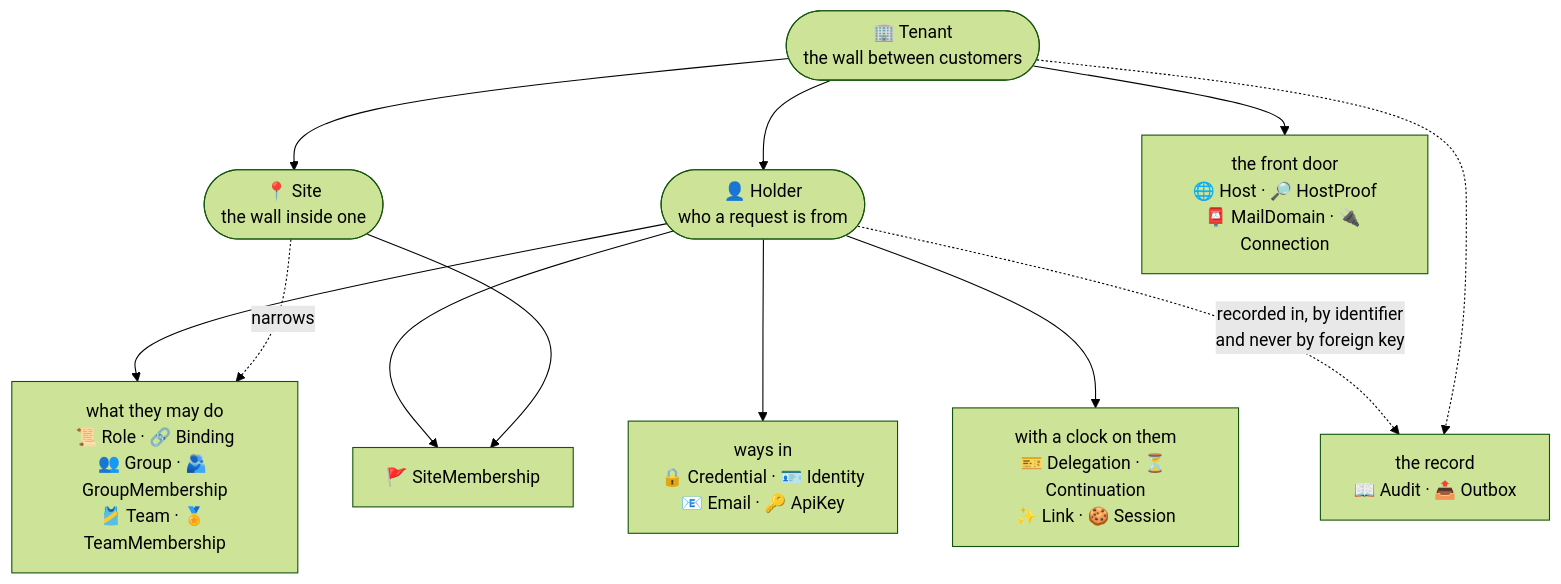
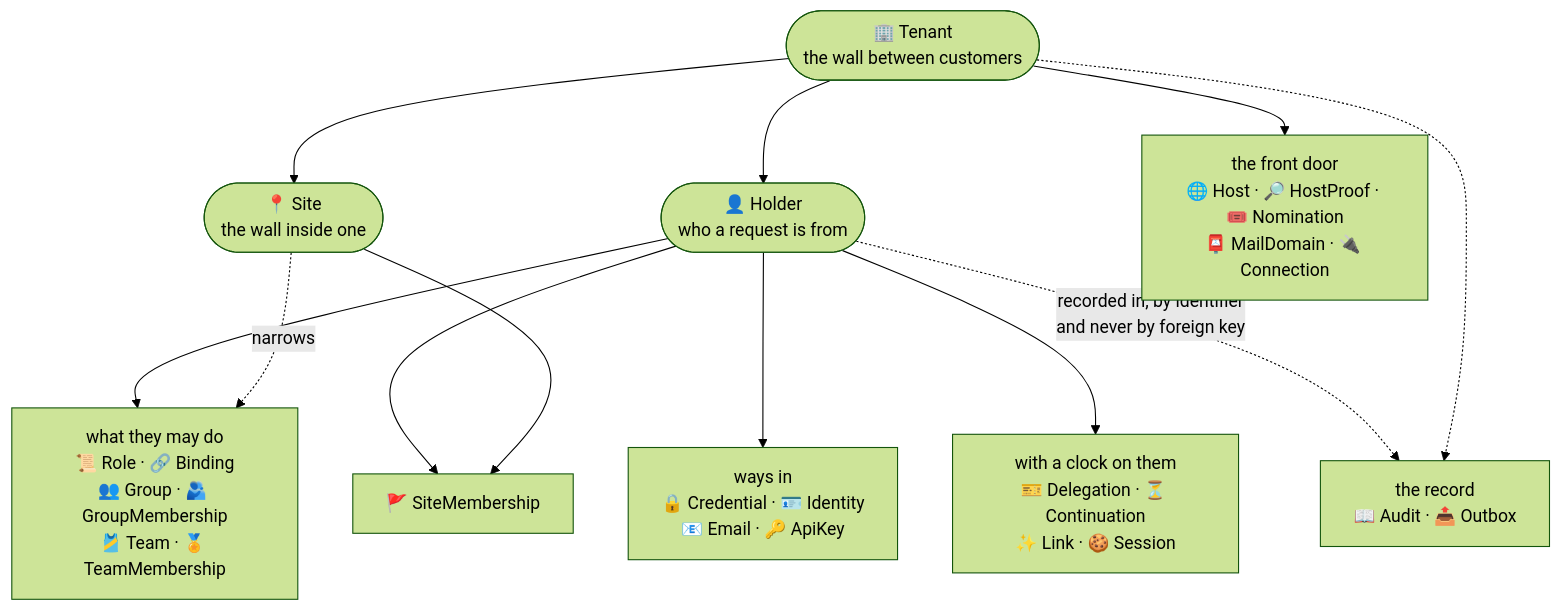
The first of 7 diagrams in docs/entity.md (lesomnus/roster), drawn with Mermaid (forest theme) before and after one commit. The commit also changed other lines of this file and 77 other files, not shown here.

````diff
--- a/docs/entity.md
+++ b/docs/entity.md
@@ -37,26 +37,26 @@
 ```mermaid
 flowchart TB
   T(["🏢 Tenant<br/>the wall between customers"])
   S(["📍 Site<br/>the wall inside one"])
   H(["👤 Holder<br/>who a request is from"])
 
   T --> S
   T --> H
 
   W["ways in<br/>🔒 Credential · 🪪 Identity<br/>📧 Email · 🔑 ApiKey"]
   B["with a clock on them<br/>🎫 Delegation · ⏳ Continuation<br/>✨ Link · 🍪 Session"]
   M["what they may do<br/>📜 Role · 🔗 Binding<br/>👥 Group · 🫂 GroupMembership<br/>🎽 Team · 🏅 TeamMembership"]
-  F["the front door<br/>🌐 Host · 🔎 HostProof<br/>📮 MailDomain · 🔌 Connection"]
+  F["the front door<br/>🌐 Host · 🔎 HostProof · 🎟️ Nomination<br/>📮 MailDomain · 🔌 Connection"]
   R["the record<br/>📖 Audit · 📤 Outbox"]
   SM["🚩 SiteMembership"]
 
   H --> W
   H --> B
   H --> M
   S -.->|narrows| M
   H --> SM
   S --> SM
   T --> F
   H -. "recorded in, by identifier<br/>and never by foreign key" .-> R
   T -.-> R
 ```
````
